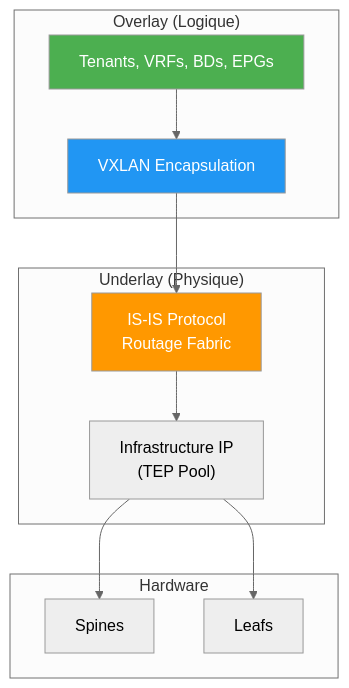
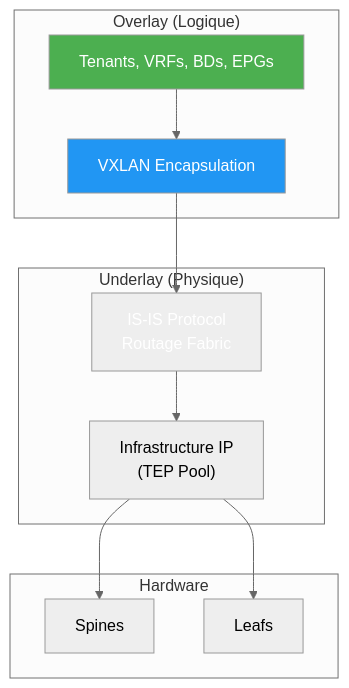
The ninth of 15 diagrams in docs/formations/terraform-aci/02-module.md (VBlackJack/ShellBook), drawn with Mermaid (neutral theme) before and after one commit. The commit also changed other lines of this file and 337 other files, not shown here.

First line of the commit message:
refactor(docs): Standardize code blocks and Mermaid colors

````diff
--- a/docs/formations/terraform-aci/02-module.md
+++ b/docs/formations/terraform-aci/02-module.md
@@ -382,27 +382,27 @@
 ```mermaid
 graph TB
     subgraph "Overlay (Logique)"
         TENANT["Tenants, VRFs, BDs, EPGs"]
         VXLAN["VXLAN Encapsulation"]
     end
 
     subgraph "Underlay (Physique)"
         ISIS["IS-IS Protocol<br/>Routage Fabric"]
         INFRA["Infrastructure IP<br/>(TEP Pool)"]
     end
 
     subgraph "Hardware"
         SPINE["Spines"]
         LEAF["Leafs"]
     end
 
     TENANT --> VXLAN
     VXLAN --> ISIS
     ISIS --> INFRA
     INFRA --> SPINE
     INFRA --> LEAF
 
     style TENANT fill:#4caf50,color:#fff
     style VXLAN fill:#2196f3,color:#fff
-    style ISIS fill:#ff9800,color:#fff
+    style ISIS fill:#FF9800800800,color:#fff
 ```
````
